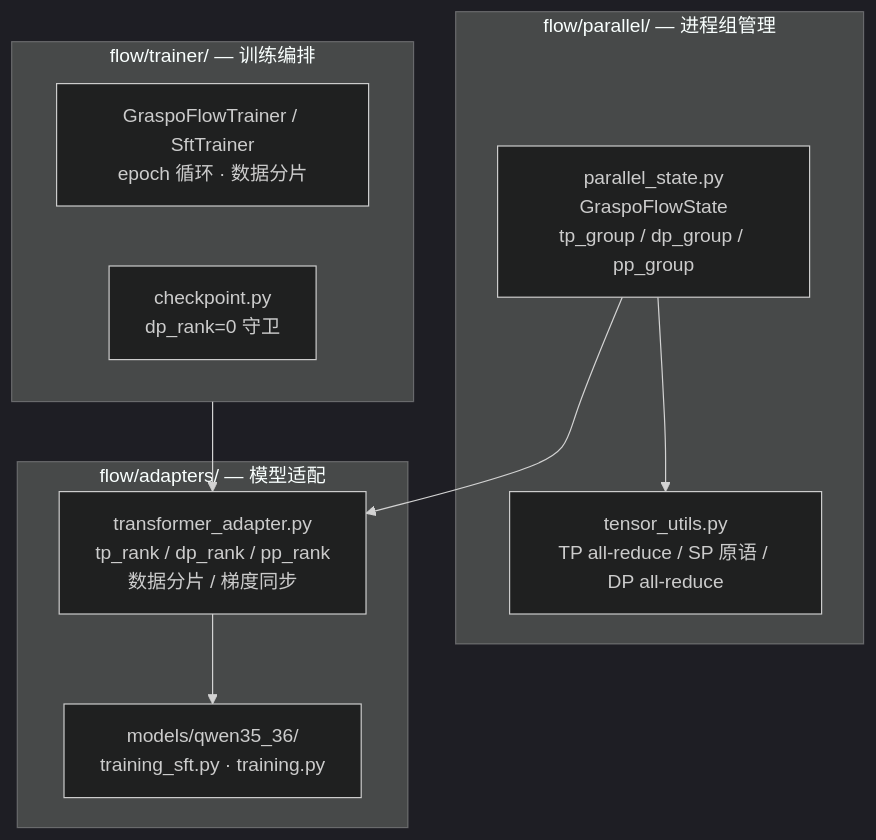
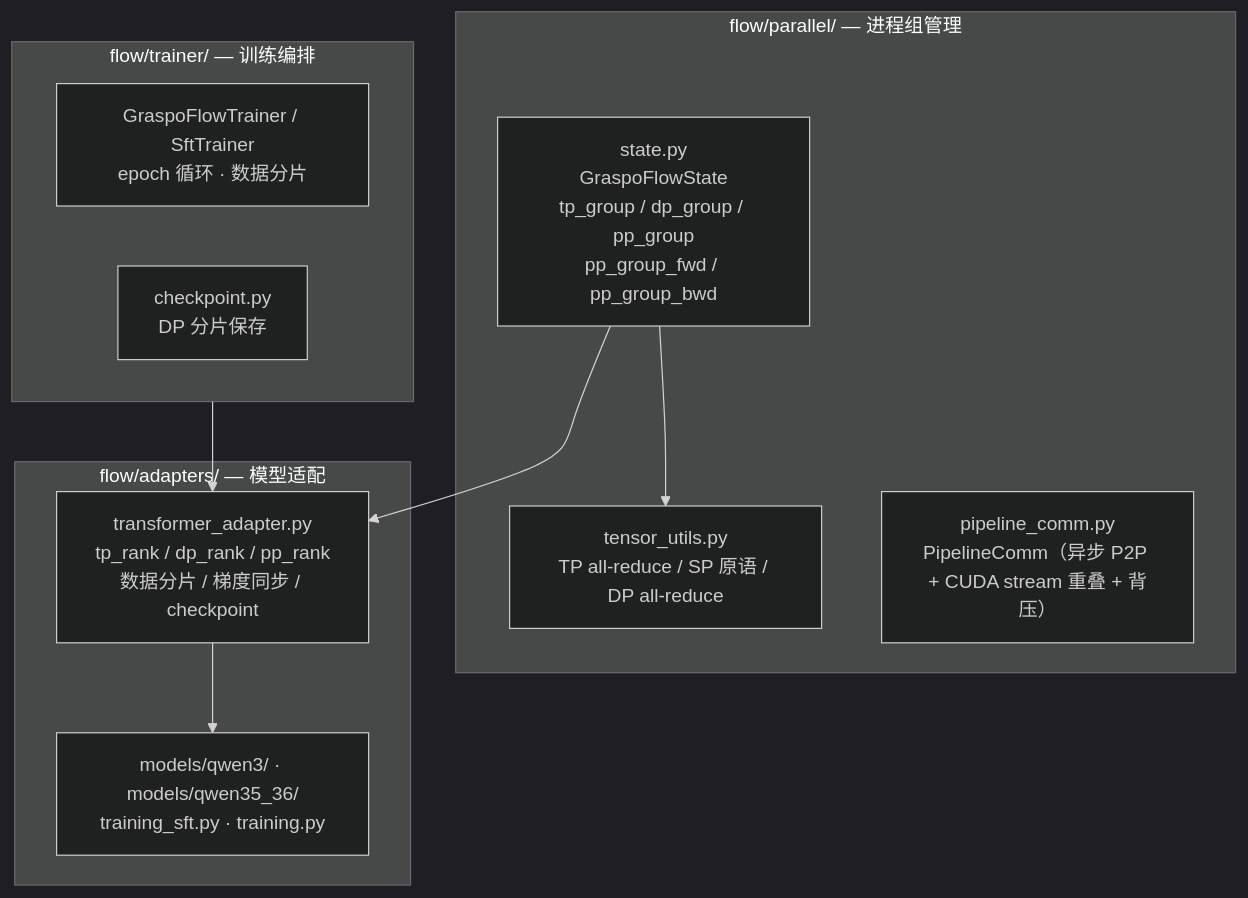
The first of 3 diagrams in docs/flow.md (godthrone/graspo), drawn with Mermaid (dark theme) before and after one commit. The commit also changed other lines of this file and 2 other files, not shown here.

First line of the commit message:
docs(architecture,flow,ripple): 三份架构文档重构式对齐当前代码 + 引用定点修正

````diff
--- a/docs/flow.md
+++ b/docs/flow.md
@@ -16,19 +126,20 @@
 ```mermaid
 flowchart TB
     subgraph PARALLEL["flow/parallel/ — 进程组管理"]
-        PS["parallel_state.py<br/>GraspoFlowState<br/>tp_group / dp_group / pp_group"]
+        PS["state.py<br/>GraspoFlowState<br/>tp_group / dp_group / pp_group<br/>pp_group_fwd / pp_group_bwd"]
         TU["tensor_utils.py<br/>TP all-reduce / SP 原语 / DP all-reduce"]
+        PC["pipeline_comm.py<br/>PipelineComm（异步 P2P + CUDA stream 重叠 + 背压）"]
     end
     subgraph ADAPTER["flow/adapters/ — 模型适配"]
-        TA["transformer_adapter.py<br/>tp_rank / dp_rank / pp_rank<br/>数据分片 / 梯度同步"]
-        MODEL["models/qwen35_36/<br/>training_sft.py · training.py"]
+        TA["transformer_adapter.py<br/>tp_rank / dp_rank / pp_rank<br/>数据分片 / 梯度同步 / checkpoint"]
+        MODEL["models/qwen3/ · models/qwen35_36/<br/>training_sft.py · training.py"]
     end
     subgraph TRAINER["flow/trainer/ — 训练编排"]
         TR["GraspoFlowTrainer / SftTrainer<br/>epoch 循环 · 数据分片"]
-        CKPT["checkpoint.py<br/>dp_rank=0 守卫"]
+        CKPT["checkpoint.py<br/>DP 分片保存"]
     end
     PS --> TU
     PS --> TA
     TA --> MODEL
     TRAINER --> TA
 ```
````
